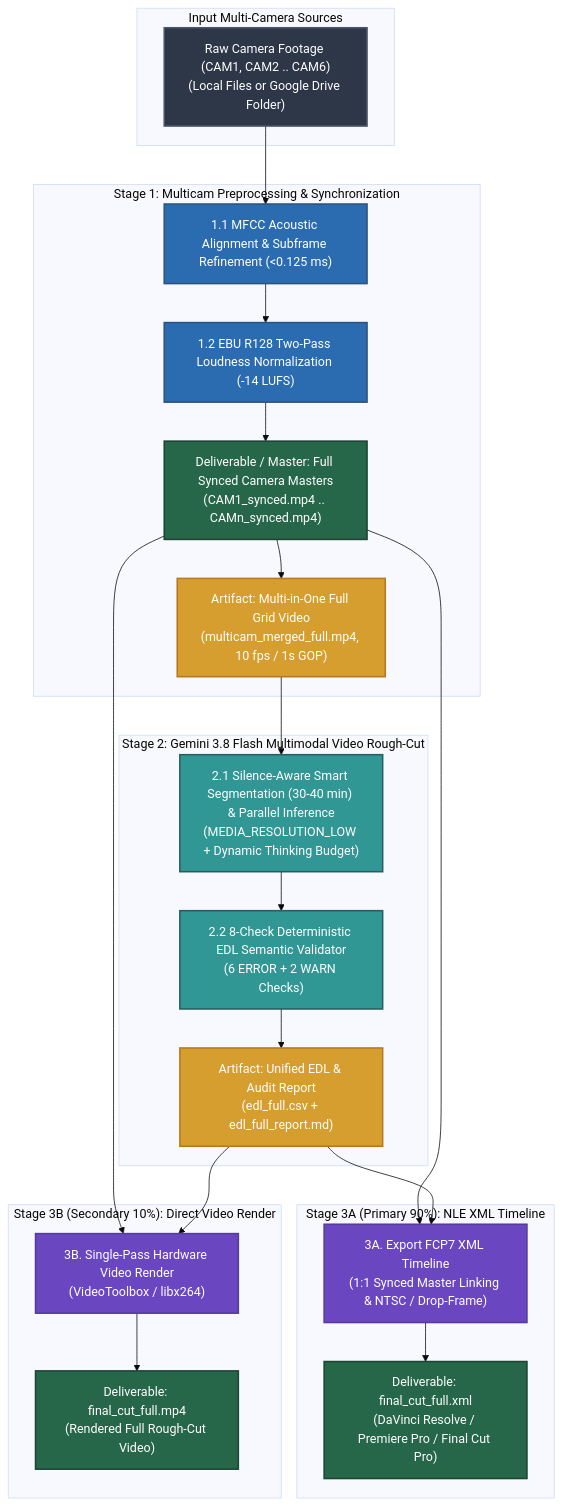
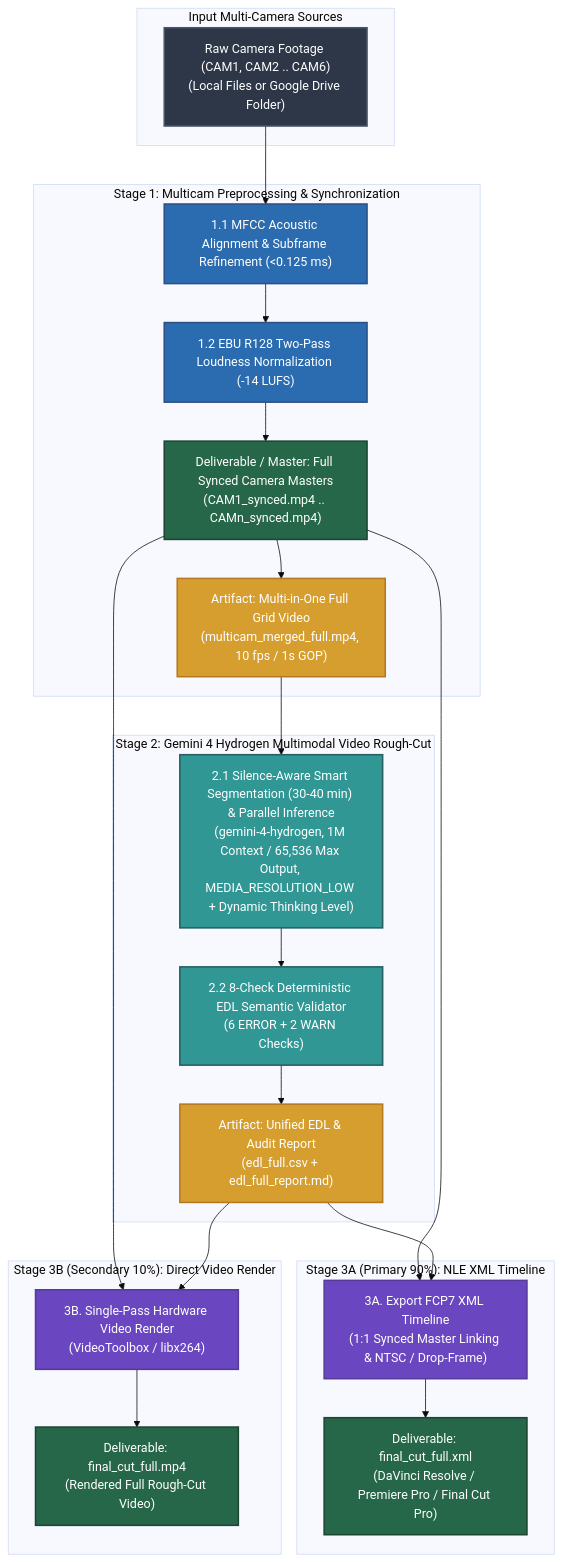
The diagram in README.md (sylphlin/multicam-video-preprocessing), drawn with Mermaid (base theme) before and after one commit. The commit also changed other lines of this file and 13 other files, not shown here.

First line of the commit message:
feat(model): upgrade Stage 2 EDL model to Gemini 4 Hydrogen (gemini-4-hydrogen)

````diff
--- a/README.md
+++ b/README.md
@@ -78,50 +82,50 @@
 ```mermaid
 flowchart TD
     classDef inputStyle fill:#2D3748,stroke:#4A5568,stroke-width:2px,color:#fff;
     classDef stage1Style fill:#2B6CB0,stroke:#2C5282,stroke-width:2px,color:#fff;
     classDef stage2Style fill:#319795,stroke:#285E61,stroke-width:2px,color:#fff;
     classDef stage3Style fill:#6B46C1,stroke:#553C9A,stroke-width:2px,color:#fff;
     classDef artifactStyle fill:#D69E2E,stroke:#B7791F,stroke-width:2px,color:#fff;
     classDef outputStyle fill:#276749,stroke:#1C4532,stroke-width:2px,color:#fff;
 
     subgraph Inputs["Input Multi-Camera Sources"]
         A["Raw Camera Footage (CAM1, CAM2 .. CAM6)<br/>(Local Files or Google Drive Folder)"]:::inputStyle
     end
 
     subgraph S1["Stage 1: Multicam Preprocessing & Synchronization"]
         S1_1["1.1 MFCC Acoustic Alignment & Subframe Refinement (<0.125 ms)"]:::stage1Style
         S1_2["1.2 EBU R128 Two-Pass Loudness Normalization (-14 LUFS)"]:::stage1Style
         S1_3["Deliverable / Master: Full Synced Camera Masters<br/>(CAM1_synced.mp4 .. CAMn_synced.mp4)"]:::outputStyle
         S1_4["Artifact: Multi-in-One Full Grid Video<br/>(multicam_merged_full.mp4, 10 fps / 1s GOP)"]:::artifactStyle
         S1_1 --> S1_2
         S1_2 --> S1_3
         S1_3 --> S1_4
     end
 
-    subgraph S2["Stage 2: Gemini 3.8 Flash Multimodal Video Rough-Cut"]
-        S2_1["2.1 Silence-Aware Smart Segmentation (30-40 min) & Parallel Inference<br/>(MEDIA_RESOLUTION_LOW + Dynamic Thinking Budget)"]:::stage2Style
+    subgraph S2["Stage 2: Gemini 4 Hydrogen Multimodal Video Rough-Cut"]
+        S2_1["2.1 Silence-Aware Smart Segmentation (30-40 min) & Parallel Inference<br/>(gemini-4-hydrogen, 1M Context / 65,536 Max Output, MEDIA_RESOLUTION_LOW + Dynamic Thinking Level)"]:::stage2Style
         S2_2["2.2 8-Check Deterministic EDL Semantic Validator<br/>(6 ERROR + 2 WARN Checks)"]:::stage2Style
         EDL["Artifact: Unified EDL & Audit Report<br/>(edl_full.csv + edl_full_report.md)"]:::artifactStyle
         S2_1 --> S2_2
         S2_2 --> EDL
     end
 
     subgraph S3A["Stage 3A (Primary 90%): NLE XML Timeline"]
         S3A_ACT["3A. Export FCP7 XML Timeline<br/>(1:1 Synced Master Linking & NTSC / Drop-Frame)"]:::stage3Style
         XML["Deliverable: final_cut_full.xml<br/>(DaVinci Resolve / Premiere Pro / Final Cut Pro)"]:::outputStyle
         S3A_ACT --> XML
     end
 
     subgraph S3B["Stage 3B (Secondary 10%): Direct Video Render"]
         S3B_ACT["3B. Single-Pass Hardware Video Render<br/>(VideoToolbox / libx264)"]:::stage3Style
         MP4["Deliverable: final_cut_full.mp4<br/>(Rendered Full Rough-Cut Video)"]:::outputStyle
         S3B_ACT --> MP4
     end
 
     A --> S1_1
     S1_4 --> S2_1
     S1_3 --> S3A_ACT
     EDL --> S3A_ACT
     S1_3 --> S3B_ACT
     EDL --> S3B_ACT
 ```
````
